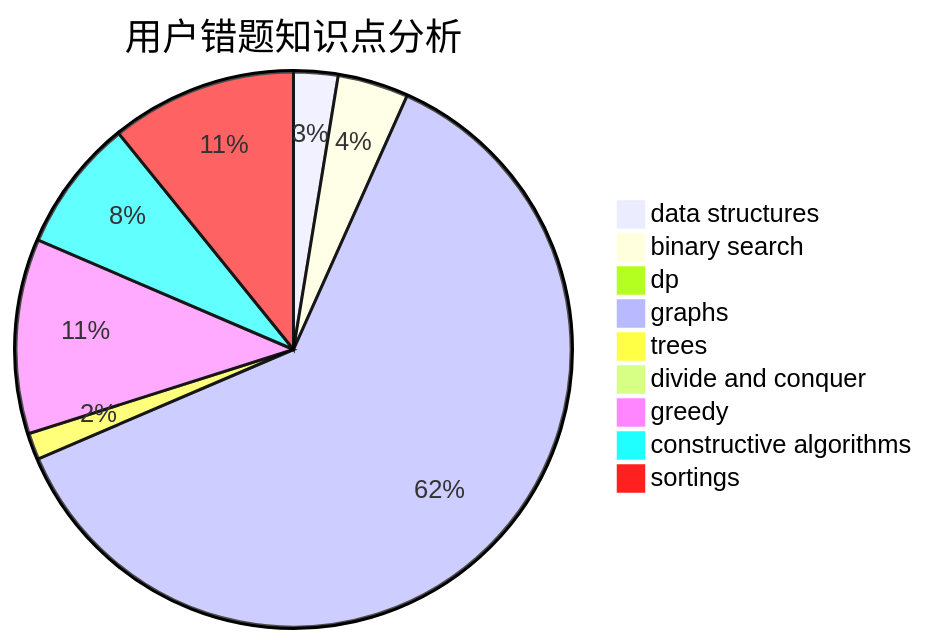
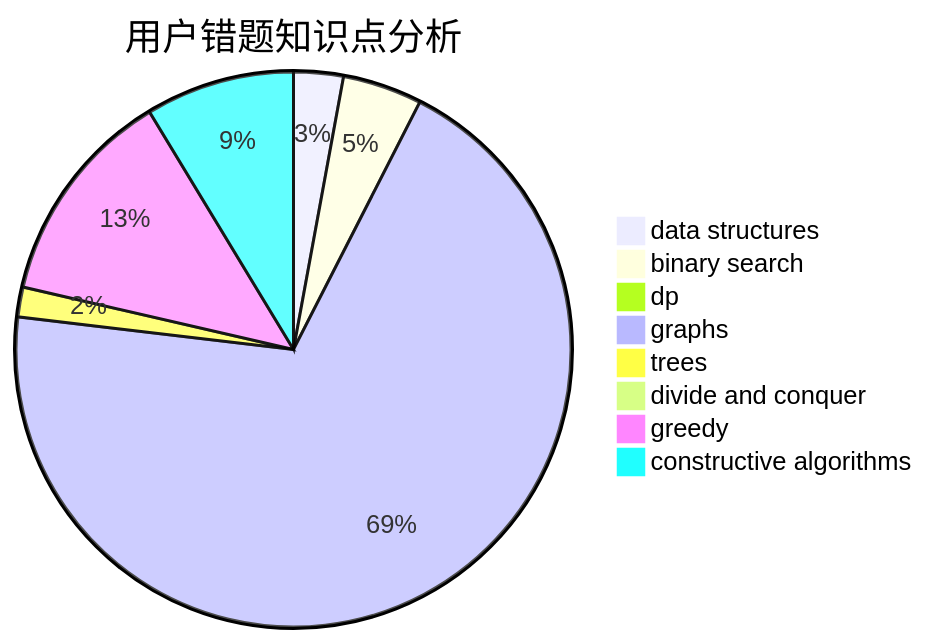
The third of 3 diagrams in docs/user/u622.md (sherpahu/cfrs.github.io), drawn with Mermaid before and after one commit. The commit also changed other lines of this file and 2769 other files, not shown here.

````diff
--- a/docs/user/u622.md
+++ b/docs/user/u622.md
@@ -32,12 +31,11 @@
 ```mermaid
 pie title 用户错题知识点分析
     "data structures" :  5
     "binary search" :  8
     "dp" :  0
     "graphs" :  120
     "trees" :  3
     "divide and conquer" :  0
     "greedy" :  22
     "constructive algorithms" :  15
-    "sortings" :  21
 ```
````
